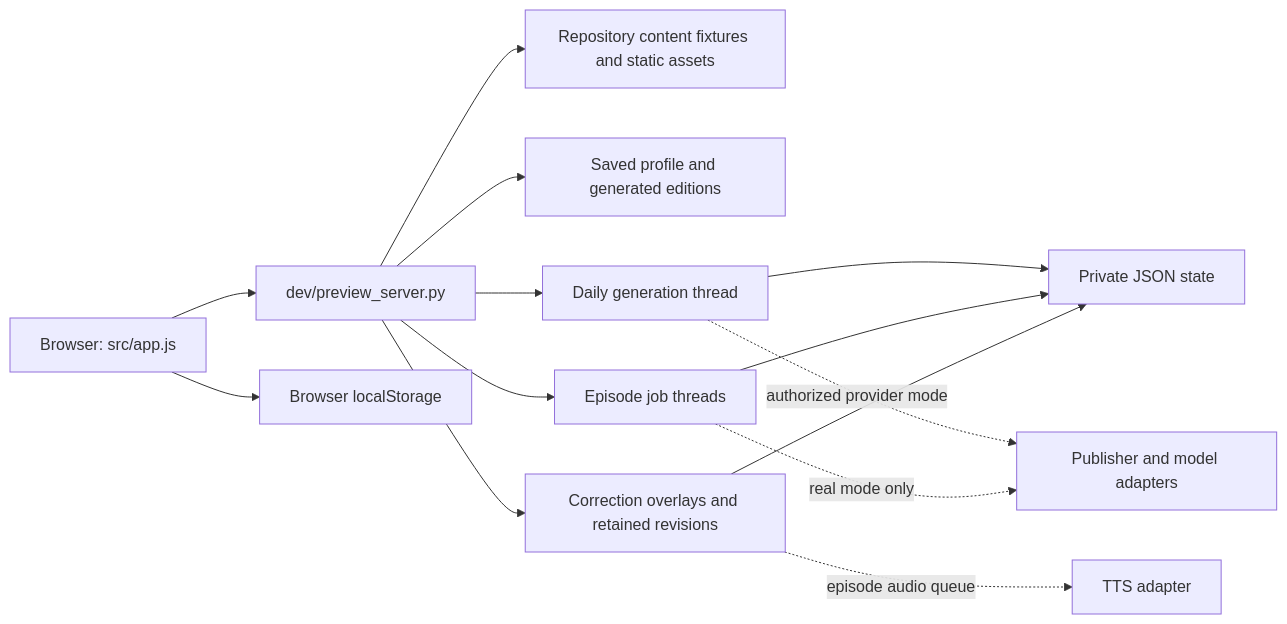
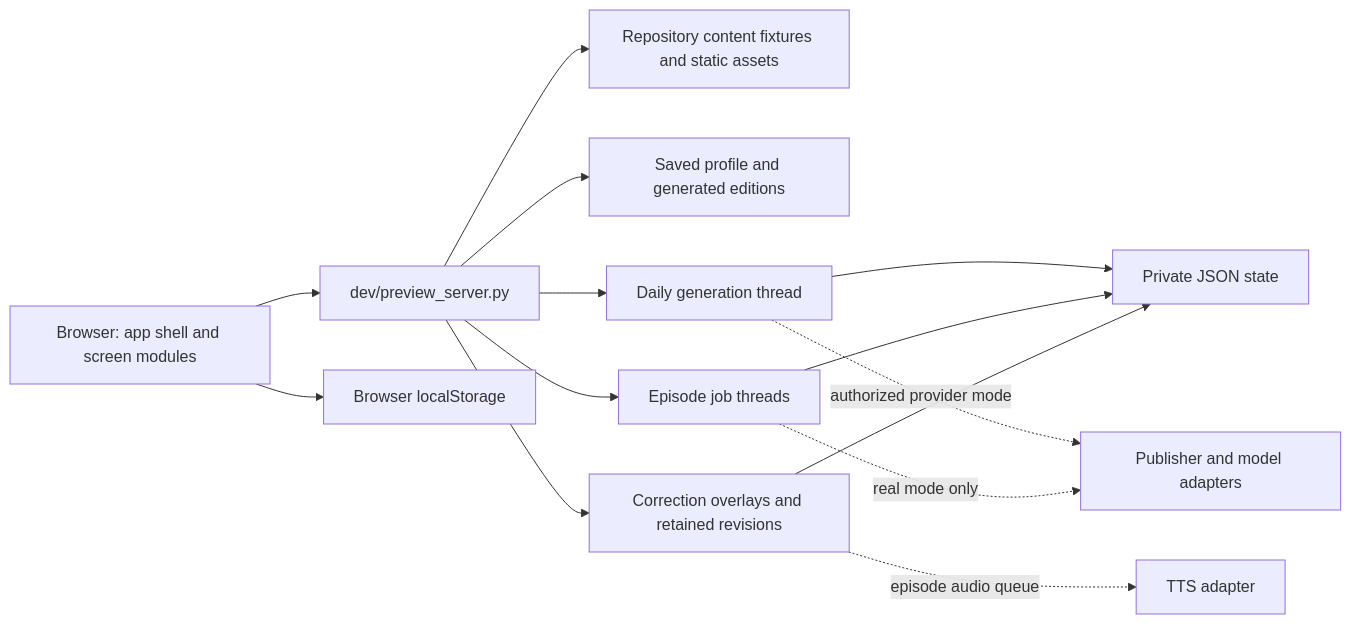
The first of 5 diagrams in docs/architecture.md (BenCBanks/briefing), drawn with Mermaid before and after one commit. The commit also changed other lines of this file, not shown here.

Commit message:
Document browser screen module layout (#160)

````diff
--- a/docs/architecture.md
+++ b/docs/architecture.md
@@ -14,16 +9,16 @@
 ```mermaid
 flowchart LR
-    Browser[Browser: src/app.js] --> API[dev/preview_server.py]
+    Browser[Browser: app shell and screen modules] --> API[dev/preview_server.py]
     API --> Static[Repository content fixtures and static assets]
     API --> Profile[Saved profile and generated editions]
     API --> Daily[Daily generation thread]
     API --> Jobs[Episode job threads]
     API --> Corrections[Correction overlays and retained revisions]
     Daily --> Disk[Private JSON state]
     Jobs --> Disk
     Corrections --> Disk
     Daily -. authorized provider mode .-> Network[Publisher and model adapters]
     Jobs -. real mode only .-> Network
     Corrections -. episode audio queue .-> TTS[TTS adapter]
     Browser --> Local[Browser localStorage]
 ```
````
